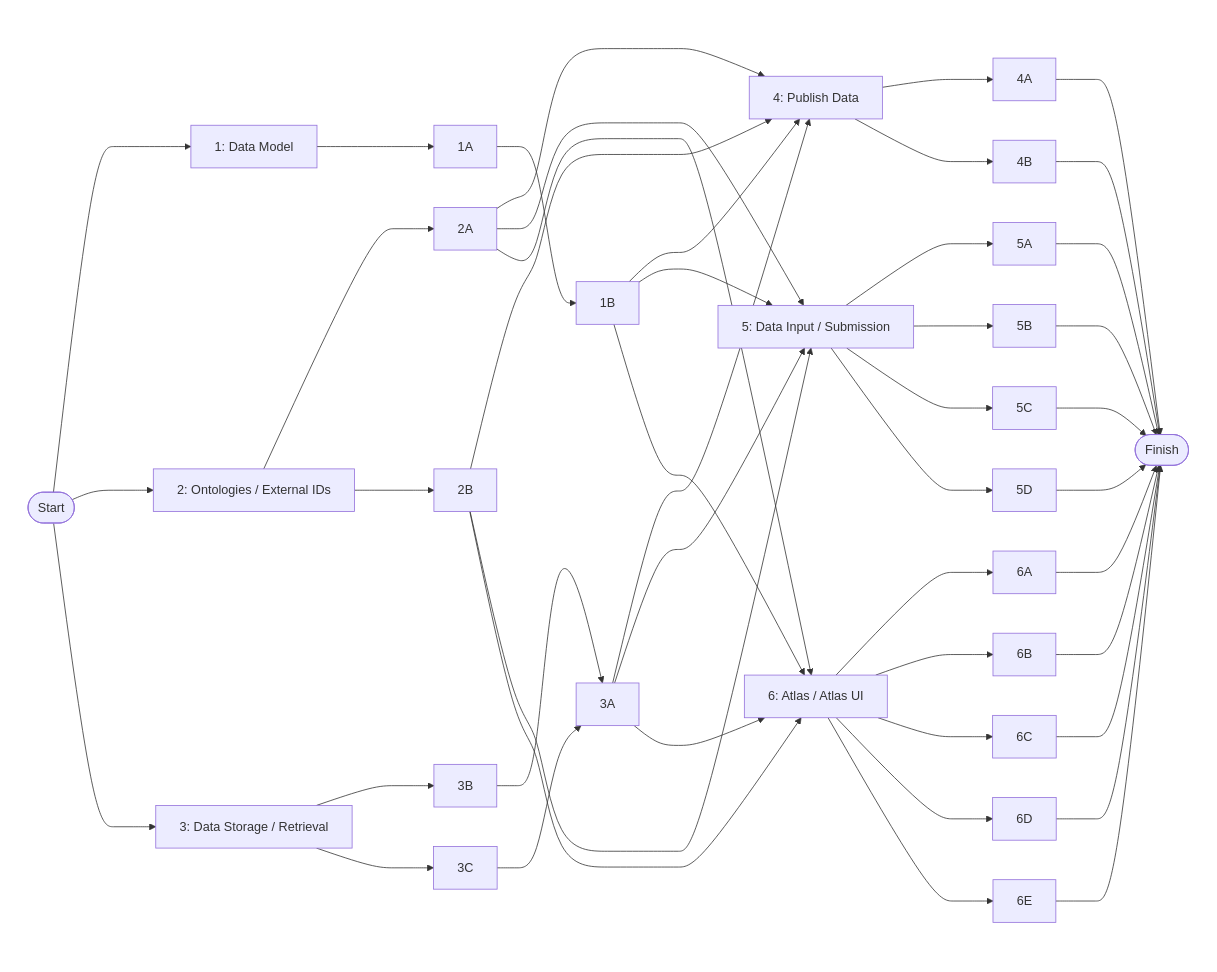
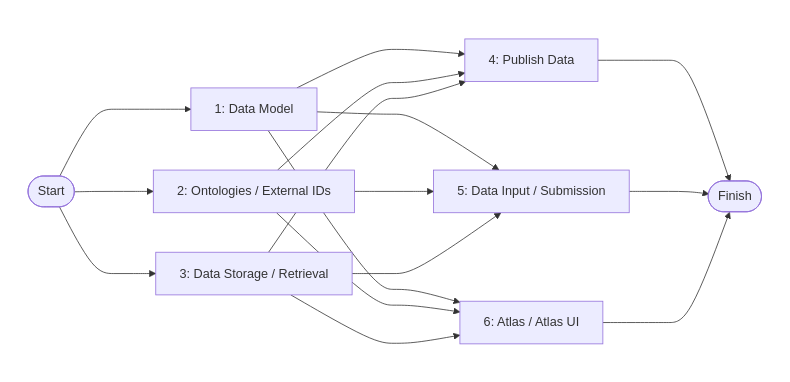
The ninth of 9 diagrams in README.md (zappfish/zapp-requirements-tracker), drawn with Mermaid before and after one commit.

Commit message:
Simplify network diagram to only main requirement nodes

````diff
--- a/README.md
+++ b/README.md
@@ -396,35 +396,11 @@
         R3["3: Data Storage / Retrieval"]
     end
     subgraph col2[" "]
-        R1A["1A"]
-        R2A["2A"]
-        R2B["2B"]
-        R3B["3B"]
-        R3C["3C"]
-    end
-    subgraph col3[" "]
-        R1B["1B"]
-        R3A["3A"]
-    end
-    subgraph col4[" "]
         R4["4: Publish Data"]
         R5["5: Data Input / Submission"]
         R6["6: Atlas / Atlas UI"]
     end
-    subgraph col5[" "]
-        R5A["5A"]
-        R5B["5B"]
-        R5C["5C"]
-        R5D["5D"]
-        R4A["4A"]
-        R4B["4B"]
-        R6A["6A"]
-        R6B["6B"]
-        R6C["6C"]
-        R6D["6D"]
-        R6E["6E"]
-    end
-    subgraph col6[" "]
+    subgraph col3[" "]
         Finish(["Finish"])
     end
 
@@ -432,86 +408,29 @@
     Start --> R2
     Start --> R3
 
-    R1 --> R1A
-    R1A --> R1B
+    R1 --> R4
+    R1 --> R5
+    R1 --> R6
+    R2 --> R4
+    R2 --> R5
+    R2 --> R6
+    R3 --> R4
+    R3 --> R5
+    R3 --> R6
 
-    R2 --> R2A
-    R2 --> R2B
-
-    R3 --> R3B
-    R3 --> R3C
-    R3B --> R3A
-    R3C --> R3A
-
-    R1B --> R4
-    R1B --> R5
-    R1B --> R6
-    R2A --> R4
-    R2A --> R5
-    R2A --> R6
-    R2B --> R4
-    R2B --> R5
-    R2B --> R6
-    R3A --> R4
-    R3A --> R5
-    R3A --> R6
-
-    R5 --> R5A
-    R5 --> R5B
-    R5 --> R5C
-    R5 --> R5D
-
-    R4 --> R4A
-    R4 --> R4B
-
-    R6 --> R6A
-    R6 --> R6B
-    R6 --> R6C
-    R6 --> R6D
-    R6 --> R6E
-
-    R4A --> Finish
-    R4B --> Finish
-    R5A --> Finish
-    R5B --> Finish
-    R5C --> Finish
-    R5D --> Finish
-    R6A --> Finish
-    R6B --> Finish
-    R6C --> Finish
-    R6D --> Finish
-    R6E --> Finish
+    R4 --> Finish
+    R5 --> Finish
+    R6 --> Finish
 
     style col0 fill:none,stroke:none
     style col1 fill:none,stroke:none
     style col2 fill:none,stroke:none
     style col3 fill:none,stroke:none
-    style col4 fill:none,stroke:none
-    style col5 fill:none,stroke:none
-    style col6 fill:none,stroke:none
 
     click R1 href "https://github.com/zappfish/zapp-requirements-tracker/issues/16" _blank
-    click R1A href "https://github.com/zappfish/zapp-requirements-tracker/issues/17" _blank
-    click R1B href "https://github.com/zappfish/zapp-requirements-tracker/issues/26" _blank
     click R2 href "https://github.com/zappfish/zapp-requirements-tracker/issues/15" _blank
-    click R2A href "https://github.com/zappfish/zapp-requirements-tracker/issues/1" _blank
-    click R2B href "https://github.com/zappfish/zapp-requirements-tracker/issues/6" _blank
     click R3 href "https://github.com/zappfish/zapp-requirements-tracker/issues/32" _blank
-    click R3A href "https://github.com/zappfish/zapp-requirements-tracker/issues/33" _blank
-    click R3B href "https://github.com/zappfish/zapp-requirements-tracker/issues/36" _blank
-    click R3C href "https://github.com/zappfish/zapp-requirements-tracker/issues/42" _blank
     click R4 href "https://github.com/zappfish/zapp-requirements-tracker/issues/44" _blank
-    click R4A href "https://github.com/zappfish/zapp-requirements-tracker/issues/45" _blank
-    click R4B href "https://github.com/zappfish/zapp-requirements-tracker/issues/46" _blank
     click R5 href "https://github.com/zappfish/zapp-requirements-tracker/issues/49" _blank
     click R6 href "https://github.com/zappfish/zapp-requirements-tracker/issues/72" _blank
-    click R5A href "https://github.com/zappfish/zapp-requirements-tracker/issues/50" _blank
-    click R5B href "https://github.com/zappfish/zapp-requirements-tracker/issues/51" _blank
-    click R5C href "https://github.com/zappfish/zapp-requirements-tracker/issues/67" _blank
-    click R5D href "https://github.com/zappfish/zapp-requirements-tracker/issues/70" _blank
-    click R6A href "https://github.com/zappfish/zapp-requirements-tracker/issues/73" _blank
-    click R6B href "https://github.com/zappfish/zapp-requirements-tracker/issues/74" _blank
-    click R6C href "https://github.com/zappfish/zapp-requirements-tracker/issues/75" _blank
-    click R6D href "https://github.com/zappfish/zapp-requirements-tracker/issues/76" _blank
-    click R6E href "https://github.com/zappfish/zapp-requirements-tracker/issues/77" _blank
 ```
````
